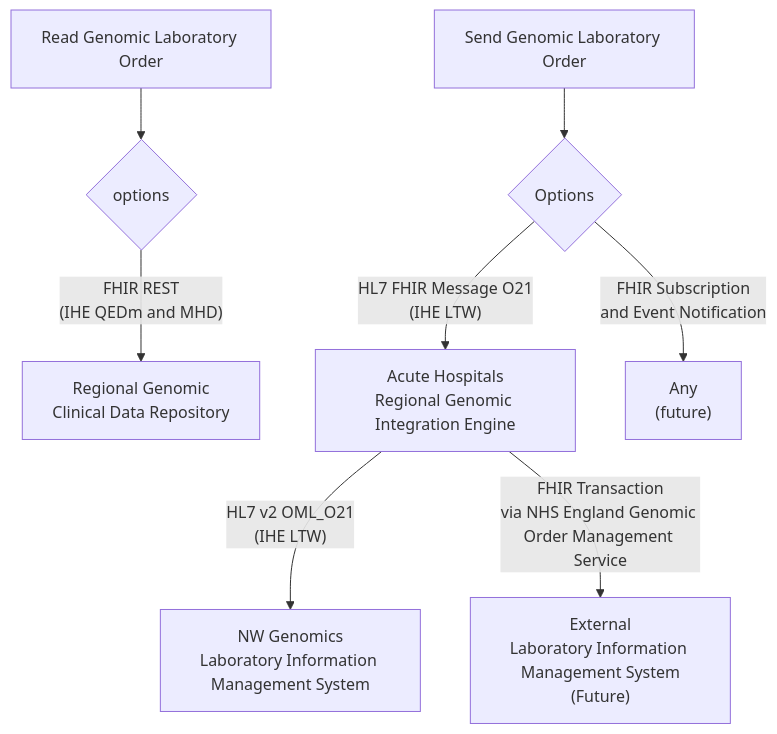
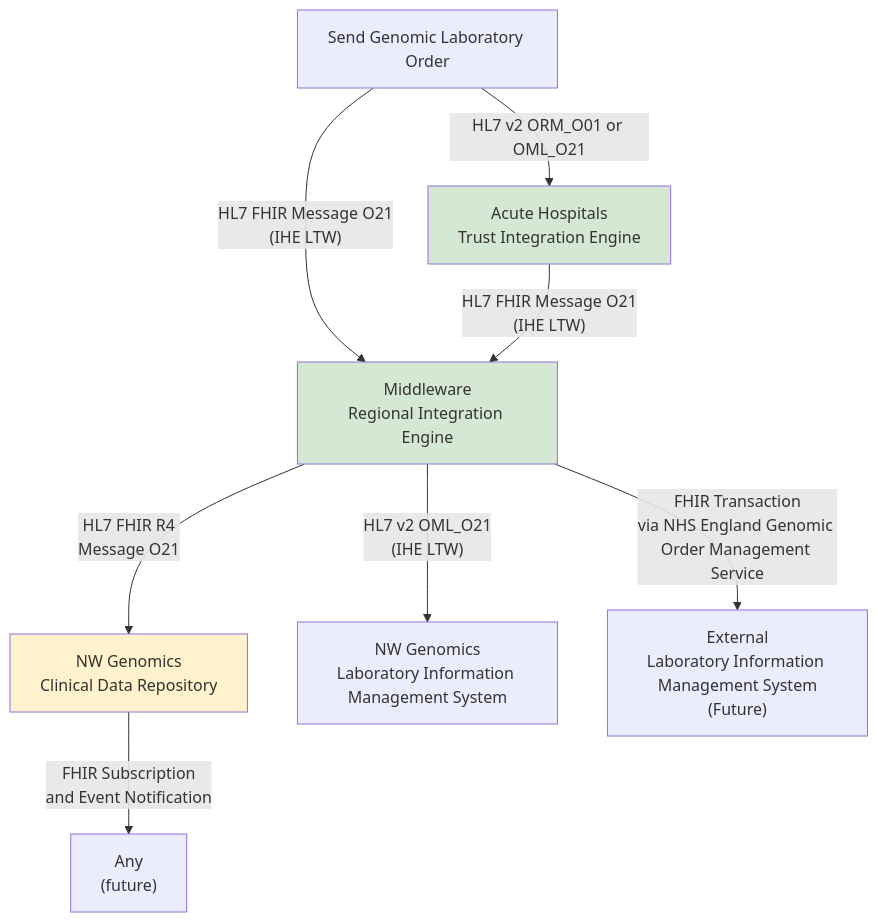
The sixth of 6 diagrams in input/pagecontent/index.md (uk-gov-mirror/nw-gmsa.nw-gmsa.github.com), drawn with Mermaid before and after one commit. The commit also changed other lines of this file, not shown here.

Commit message:
Genomic Test Order and Report Example Scenario

````diff
--- a/input/pagecontent/index.md
+++ b/input/pagecontent/index.md
@@ -120,12 +141,16 @@
 ```mermaid
 graph TD;
-    Read[Read Genomic Laboratory Order]-->O
-    O{options} --> |"FHIR REST<br/>(IHE QEDm and MHD)"| CDR[Regional Genomic<br/> Clinical Data Repository]
-
-    Receive[Send Genomic Laboratory Order] --> OR{Options}
-   
-    OR --> |"HL7 FHIR Message O21<br/>(IHE LTW)"| RIE[Acute Hospitals<br/>Regional Genomic Integration Engine] 
-    OR --> |FHIR Subscription <br/> and Event Notification| Any["Any <br/>(future)"]
+    Receive[Send Genomic Laboratory Order] --> |HL7 v2 ORM_O01 or OML_O21| OR[Acute Hospitals<br/>Trust Integration Engine]
+    Receive --> |"HL7 FHIR Message O21<br/>(IHE LTW)"| RIE
+    OR --> |"HL7 FHIR Message O21<br/>(IHE LTW)"| RIE[Middleware<br/>Regional Integration Engine] 
+    RIE --> |HL7 FHIR R4<br/>Message O21| CDR[NW Genomics<br/>Clinical Data Repository]
+    CDR --> |FHIR Subscription <br/> and Event Notification| Any["Any <br/>(future)"]
     RIE --> |"HL7 v2 OML_O21<br/>(IHE LTW)"| EHRTIE[NW Genomics<br/>Laboratory Information Management System] 
     RIE --> |"FHIR Transaction<br/>via NHS England Genomic Order Management Service"| GOMS["External<br/>Laboratory Information Management System<br/>(Future)"] 
+    
+    classDef green fill:#D5E8D4;
+    classDef yellow fill:#FFF2CC;
+    class RIE green;
+    class OR green;
+    class CDR yellow;
 ```
````
